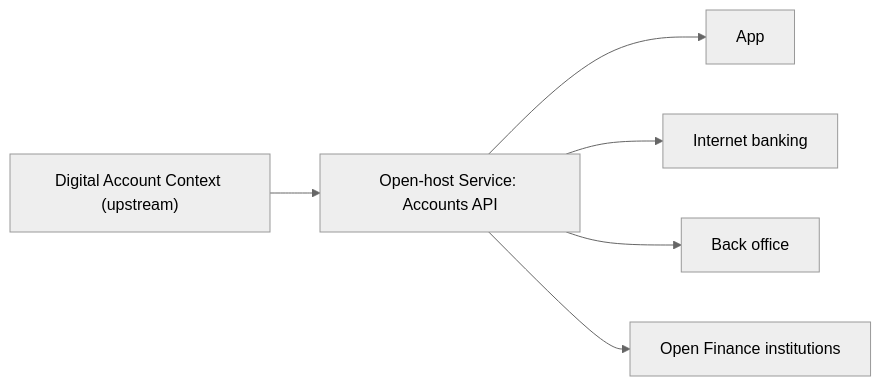
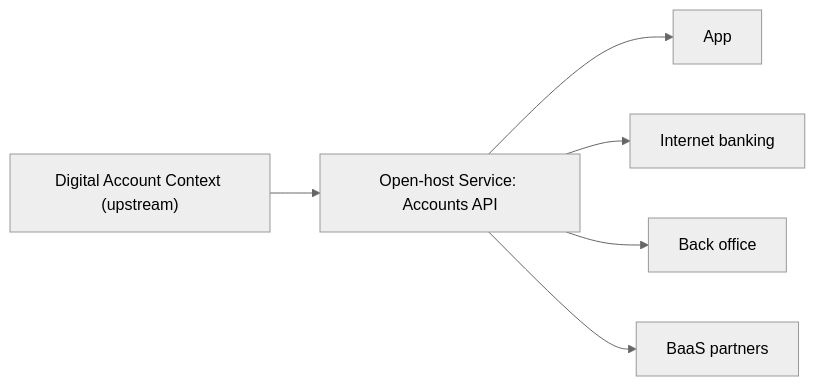
Before and after one commit to alancesar/design-patterns: the diagram in i18n/en/docusaurus-plugin-content-docs/current/design/ddd/context-mapping/open-host-service.md, drawn with Mermaid (neutral theme). The commit also changed other lines of this file and 18 other files, not shown here.

````diff
--- a/i18n/en/docusaurus-plugin-content-docs/current/design/ddd/context-mapping/open-host-service.md
+++ b/i18n/en/docusaurus-plugin-content-docs/current/design/ddd/context-mapping/open-host-service.md
@@ -56,8 +56,8 @@
 ```mermaid
 flowchart LR
     U["Digital Account Context (upstream)"] --> OHS["Open-host Service: Accounts API"]
     OHS --> C1["App"]
     OHS --> C2["Internet banking"]
     OHS --> C3["Back office"]
-    OHS --> C4["Open Finance institutions"]
+    OHS --> C4["BaaS partners"]
 ```
````
